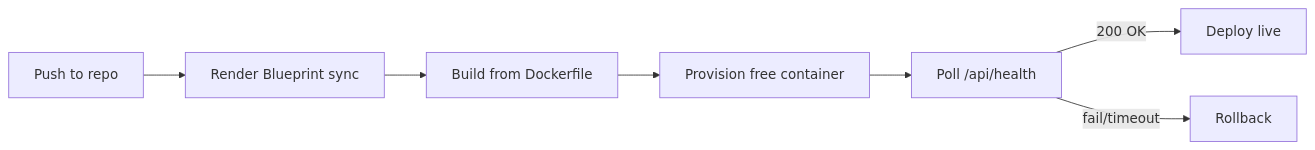
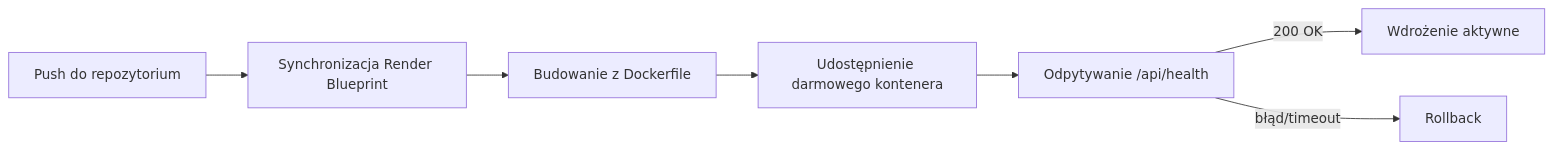
The diagram in root-render-yaml.md (leszek3737/librefang-WIki), drawn with Mermaid before and after one commit. The commit also changed other lines of this file and 104 other files, not shown here.

````diff
--- a/root-render-yaml.md
+++ b/root-render-yaml.md
@@ -62,9 +62,9 @@
 ```mermaid
 flowchart LR
-    A[Push to repo] --> B[Render Blueprint sync]
-    B --> C[Build from Dockerfile]
-    C --> D[Provision free container]
-    D --> E[Poll /api/health]
-    E -->|200 OK| F[Deploy live]
-    E -->|fail/timeout| G[Rollback]
+    A[Push do repozytorium] --> B[Synchronizacja Render Blueprint]
+    B --> C[Budowanie z Dockerfile]
+    C --> D[Udostępnienie darmowego kontenera]
+    D --> E[Odpytywanie /api/health]
+    E -->|200 OK| F[Wdrożenie aktywne]
+    E -->|błąd/timeout| G[Rollback]
 ```
````
